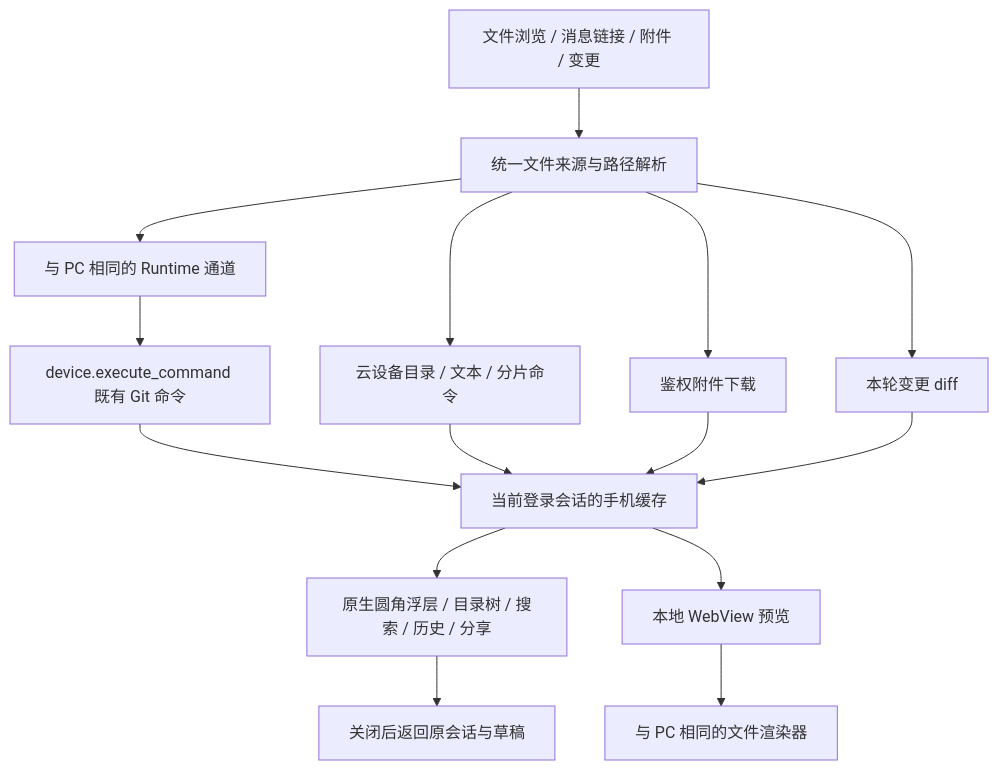
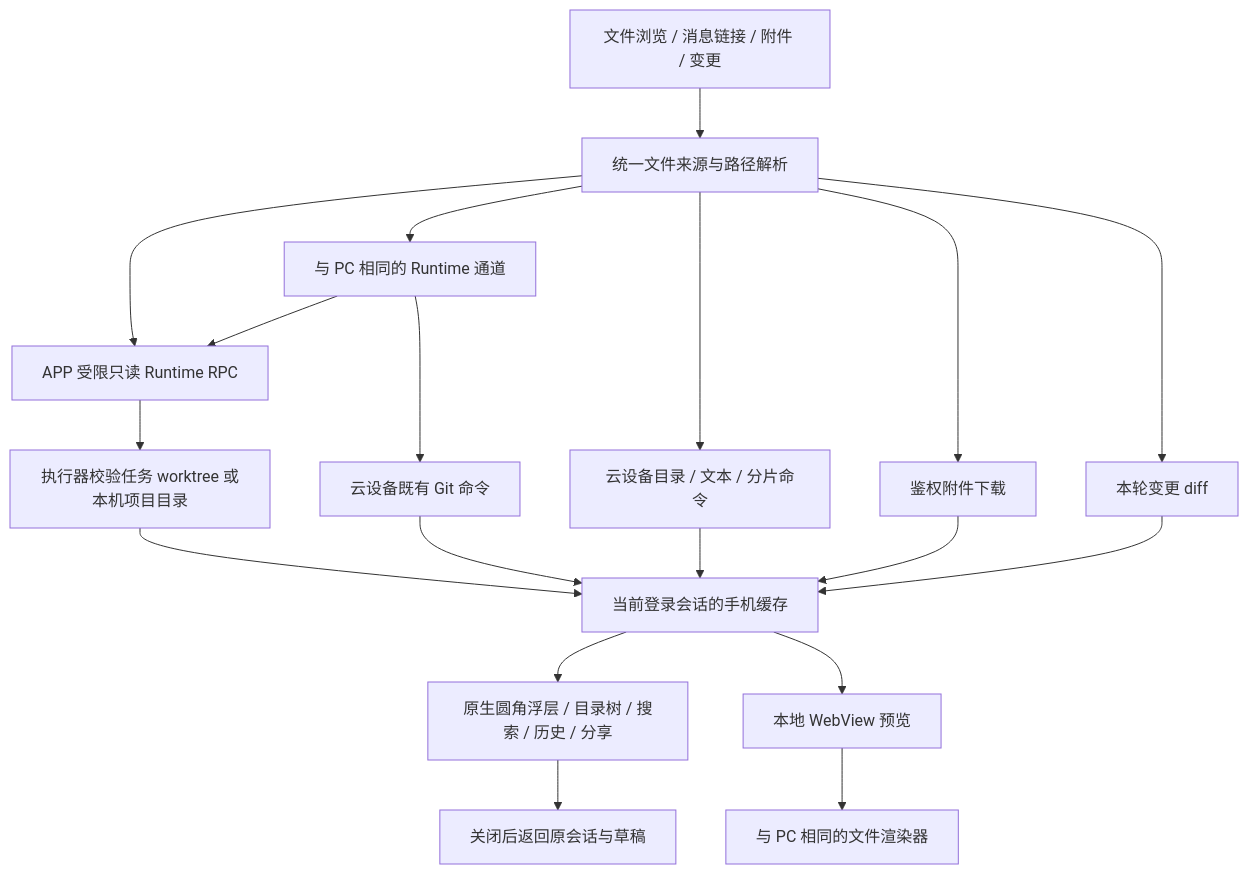
Before and after one commit to wecode-ai/Wegent: the diagram in docs/zh/wework/mobile-file-preview.md, drawn with Mermaid. The commit also changed other lines of this file and 26 other files, not shown here.

Commit message:
fix(mobile): enable scoped app worktree reads

````diff
--- a/docs/zh/wework/mobile-file-preview.md
+++ b/docs/zh/wework/mobile-file-preview.md
@@ -73,17 +76,21 @@
 ```mermaid
 flowchart TD
   E[文件浏览 / 消息链接 / 附件 / 变更] --> T[统一文件来源与路径解析]
   T --> W[云设备目录 / 文本 / 分片命令]
+  T --> X[APP 受限只读 Runtime RPC]
   T --> A[鉴权附件下载]
   T --> D[本轮变更 diff]
   T --> G[与 PC 相同的 Runtime 通道]
-  G --> GD[device.execute_command 既有 Git 命令]
+  G --> GD[云设备既有 Git 命令]
+  G --> X
+  X --> VLD[执行器校验任务 worktree 或本机项目目录]
+  VLD --> C
   GD --> C
   W --> C[当前登录会话的手机缓存]
   A --> C
   D --> C
   C --> N[原生圆角浮层 / 目录树 / 搜索 / 历史 / 分享]
   C --> V[本地 WebView 预览]
   V --> P[与 PC 相同的文件渲染器]
   N --> R[关闭后返回原会话与草稿]
 ```
````
